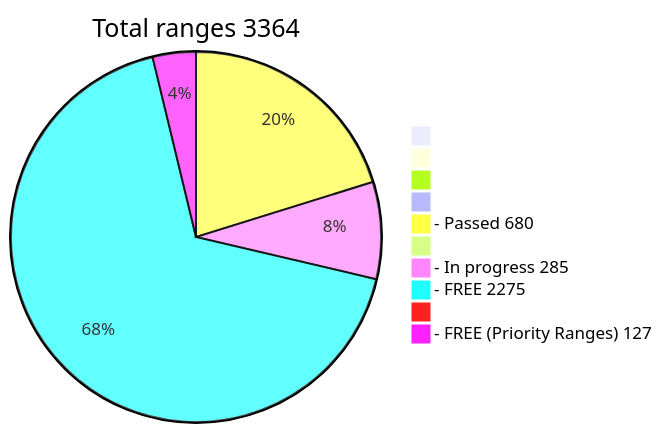
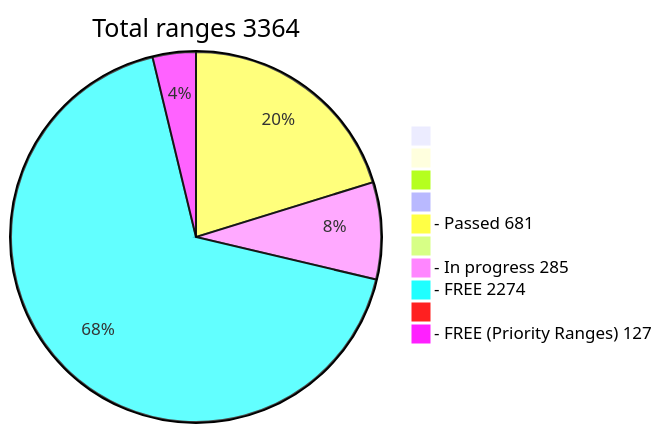
Before and after one commit to phrutis/wif500: the diagram in README.md, drawn with Mermaid.

````diff
--- a/README.md
+++ b/README.md
@@ -16,13 +16,13 @@
 ```mermaid
 pie title Total ranges 3364
              " " : 0
             "  " : 0
            "   " : 0
           "    " : 0
-  "- Passed 680" : 680
+  "- Passed 681" : 681
          "     " : 0
   "- In progress 285" : 285
-   "- FREE 2275" : 2275
+   "- FREE 2274" : 2274
         "      " : 0
   "- FREE (Priority Ranges) 127" : 127
 ```
````
